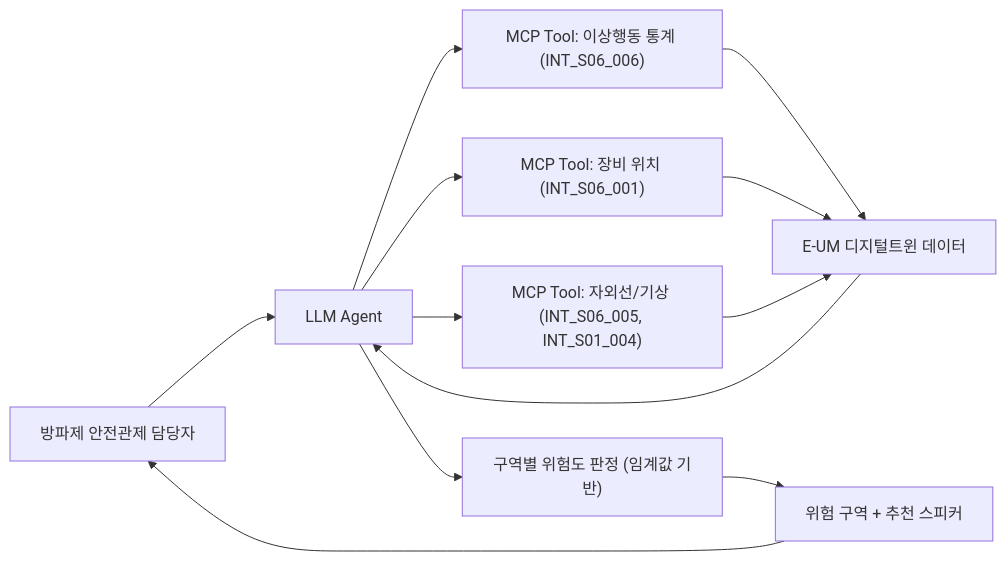
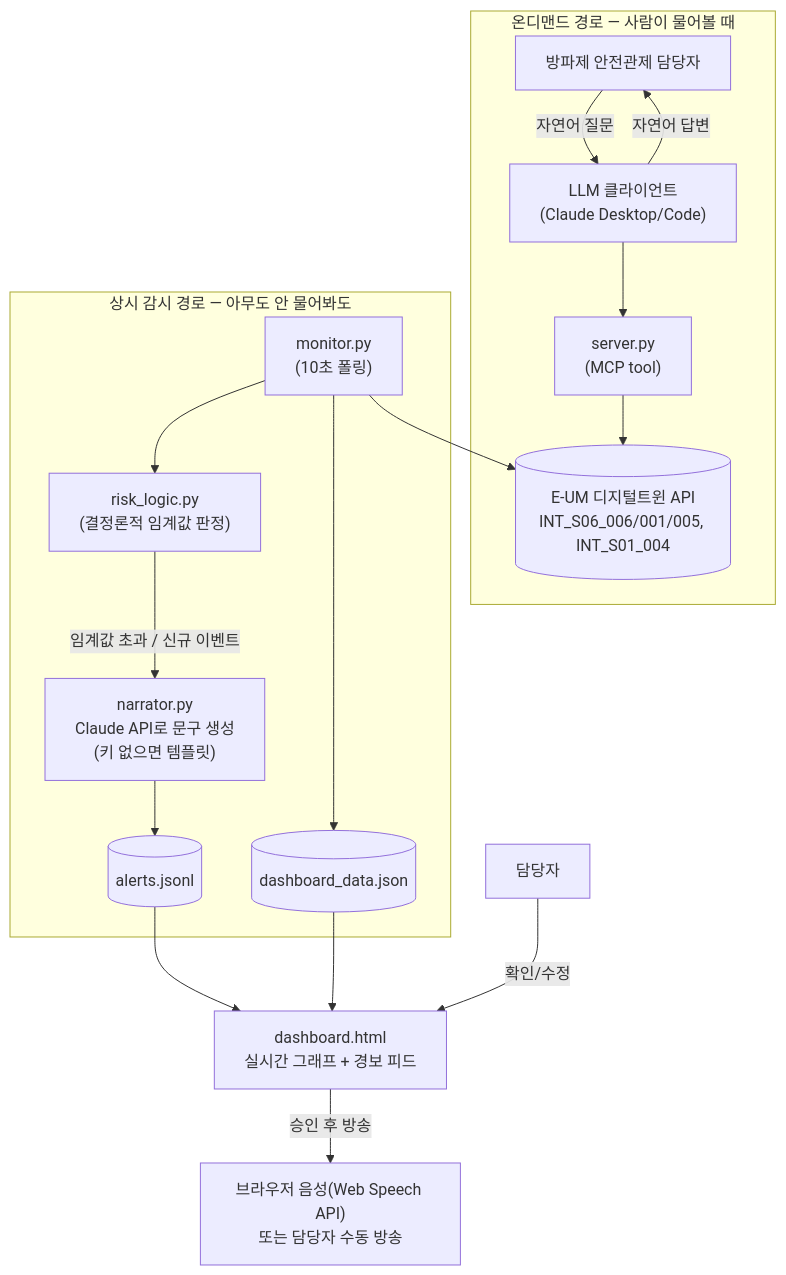
One commit to BiQnT/gurong_agent26 changed the diagram in ideas/002-breakwater-guard/README.md. Above: the diagram before and after it, drawn with Mermaid. The commit also changed other lines of this file and 12 other files, not shown here.

````diff
--- a/ideas/002-breakwater-guard/README.md
+++ b/ideas/002-breakwater-guard/README.md
@@ -140,14 +143,24 @@
 ```mermaid
-flowchart LR
-    U["방파제 안전관제 담당자"] --> A["LLM Agent"]
-    A --> T1["MCP Tool: 이상행동 통계 (INT_S06_006)"]
-    A --> T2["MCP Tool: 장비 위치 (INT_S06_001)"]
-    A --> T3["MCP Tool: 자외선/기상 (INT_S06_005, INT_S01_004)"]
-    T1 --> D["E-UM 디지털트윈 데이터"]
-    T2 --> D
-    T3 --> D
-    D --> A
-    A --> J["구역별 위험도 판정 (임계값 기반)"]
-    J --> R["위험 구역 + 추천 스피커"]
-    R --> U
+flowchart TB
+    D[("E-UM 디지털트윈 API<br/>INT_S06_006/001/005, INT_S01_004")]
+
+    subgraph OD["온디맨드 경로 — 사람이 물어볼 때"]
+        U1["방파제 안전관제 담당자"] -->|"자연어 질문"| A1["LLM 클라이언트<br/>(Claude Desktop/Code)"]
+        A1 --> MCP["server.py<br/>(MCP tool)"]
+        MCP --> D
+        A1 -->|"자연어 답변"| U1
+    end
+
+    subgraph BG["상시 감시 경로 — 아무도 안 물어봐도"]
+        MON["monitor.py<br/>(10초 폴링)"] --> D
+        MON --> RL["risk_logic.py<br/>(결정론적 임계값 판정)"]
+        RL -->|"임계값 초과 / 신규 이벤트"| NAR["narrator.py<br/>Claude API로 문구 생성<br/>(키 없으면 템플릿)"]
+        NAR --> LOG[("alerts.jsonl")]
+        MON --> SNAP[("dashboard_data.json")]
+    end
+
+    LOG --> DASH["dashboard.html<br/>실시간 그래프 + 경보 피드"]
+    SNAP --> DASH
+    DASH -->|"승인 후 방송"| TTS["브라우저 음성(Web Speech API)<br/>또는 담당자 수동 방송"]
+    U2["담당자"] -->|"확인/수정"| DASH
 ```
````
